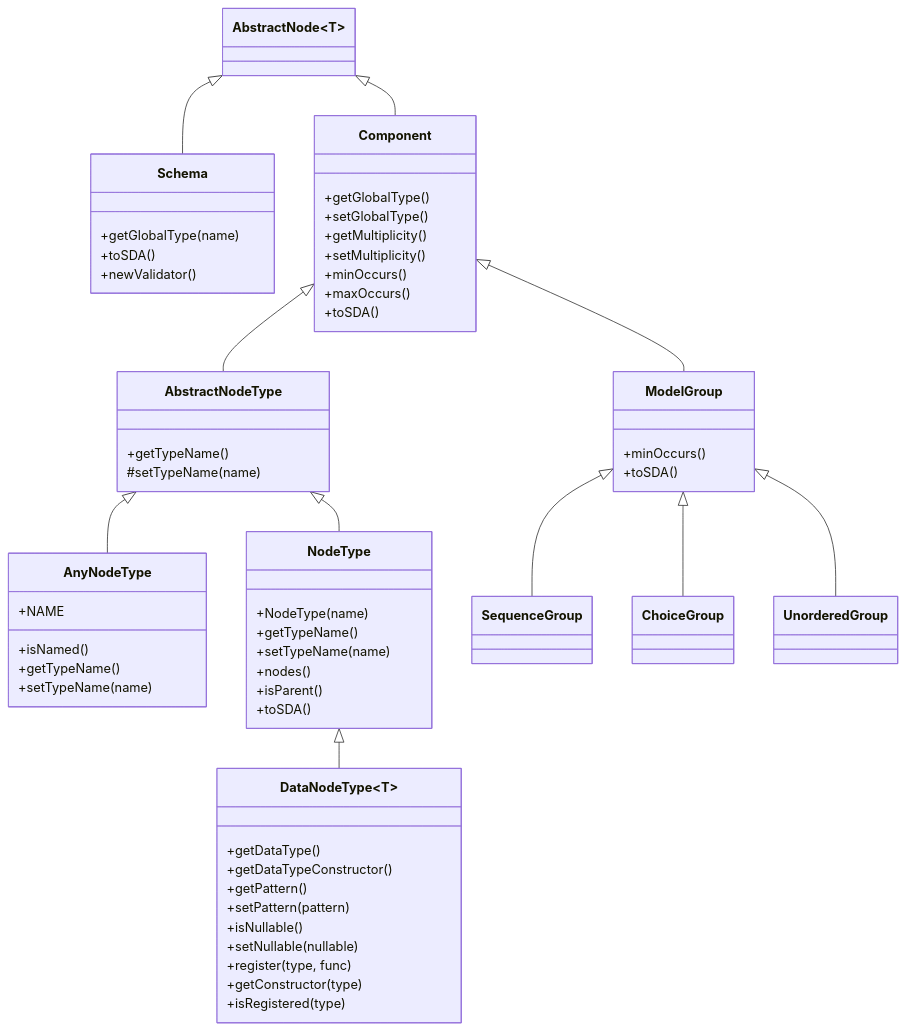
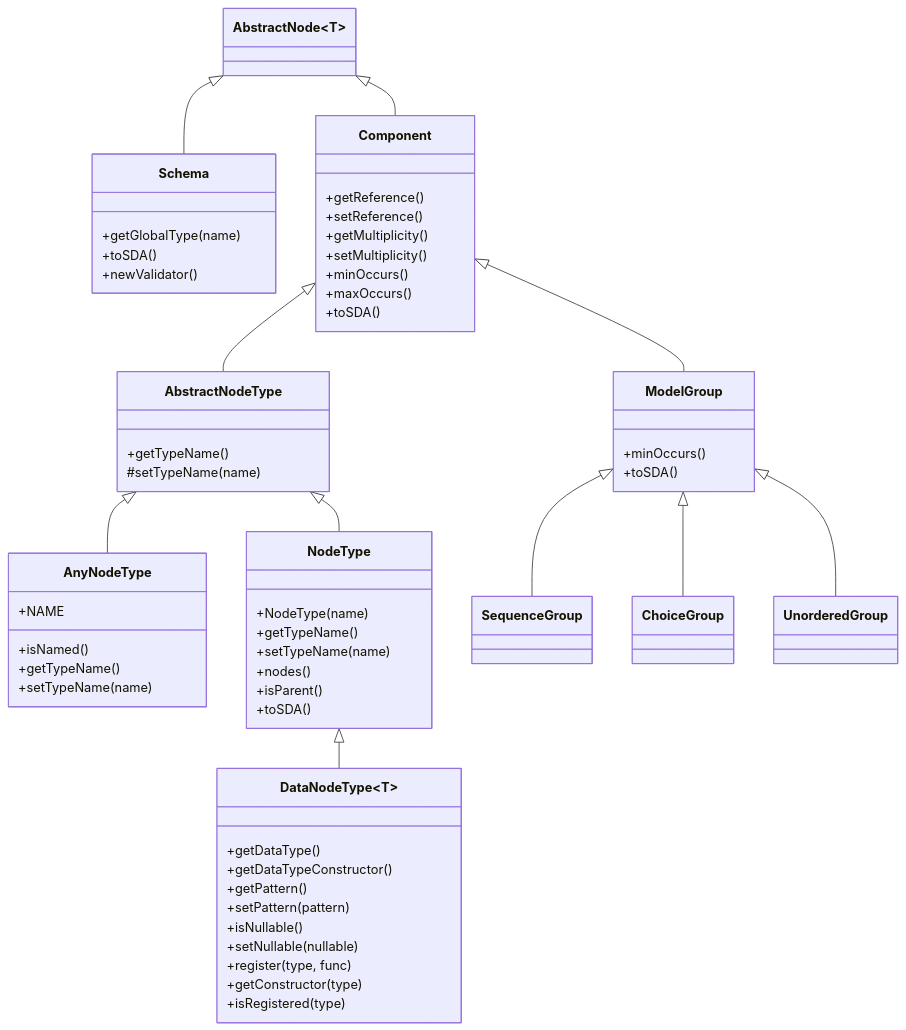
The diagram in docs/SPECIFICATION.md (hclbaur/sds-core), drawn with Mermaid before and after one commit. The commit also changed 4 other files, not shown here.

```diff
--- a/docs/SPECIFICATION.md
+++ b/docs/SPECIFICATION.md
@@ -144,8 +144,8 @@
     }
 
     class Component {
-        +getGlobalType()
-        +setGlobalType()
+        +getReference()
+        +setReference()
         +getMultiplicity()
         +setMultiplicity()
         +minOccurs()
```
